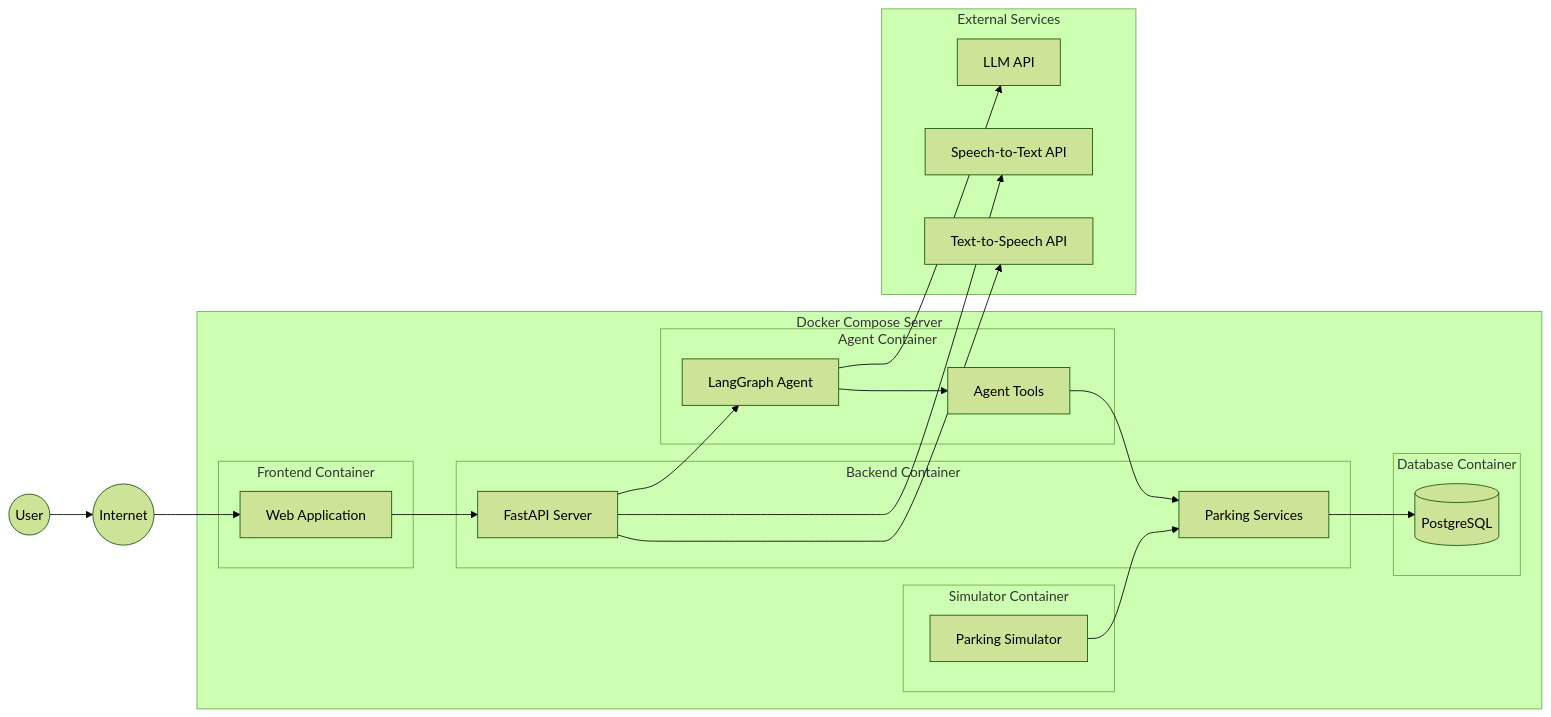
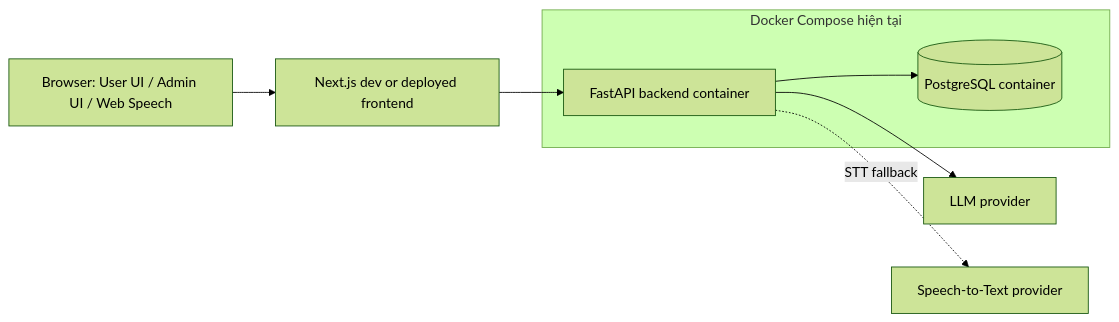
Before and after one commit to Ngducanh05/T-152: the seventh of 7 diagrams in docs/architecture.md, drawn with Mermaid (forest theme). The commit also changed other lines of this file and 45 other files, not shown here.

````diff
--- a/docs/architecture.md
+++ b/docs/architecture.md
@@ -175,46 +236,13 @@
 ```mermaid
-graph LR
-    User((User)) --> Internet((Internet))
-
-    subgraph Server["Docker Compose Server"]
-        subgraph FrontendContainer["Frontend Container"]
-            Web[Web Application]
-        end
-
-        subgraph BackendContainer["Backend Container"]
-            API[FastAPI Server]
-            Services[Parking Services]
-        end
-
-        subgraph AgentContainer["Agent Container"]
-            Agent[LangGraph Agent]
-            Tools[Agent Tools]
-        end
-
-        subgraph SimulatorContainer["Simulator Container"]
-            Simulator[Parking Simulator]
-        end
-
-        subgraph DatabaseContainer["Database Container"]
-            DB[(PostgreSQL)]
-        end
+flowchart LR
+    subgraph Compose["Docker Compose hiện tại"]
+        API["FastAPI backend container"]
+        DB[("PostgreSQL container")]
+        API --> DB
     end
 
-    subgraph External["External Services"]
-        LLM[LLM API]
-        STT[Speech-to-Text API]
-        TTS[Text-to-Speech API]
-    end
-
-    Internet --> Web
-    Web --> API
-    API --> Agent
-    Agent --> Tools
-    Tools --> Services
-    Services --> DB
-    Simulator --> Services
-
-    Agent --> LLM
-    API --> STT
-    API --> TTS
+    Browser["Browser: User UI / Admin UI / Web Speech"] --> Next["Next.js dev or deployed frontend"]
+    Next --> API
+    API --> LLM["LLM provider"]
+    API -. "STT fallback" .-> STT["Speech-to-Text provider"]
 ```
````
